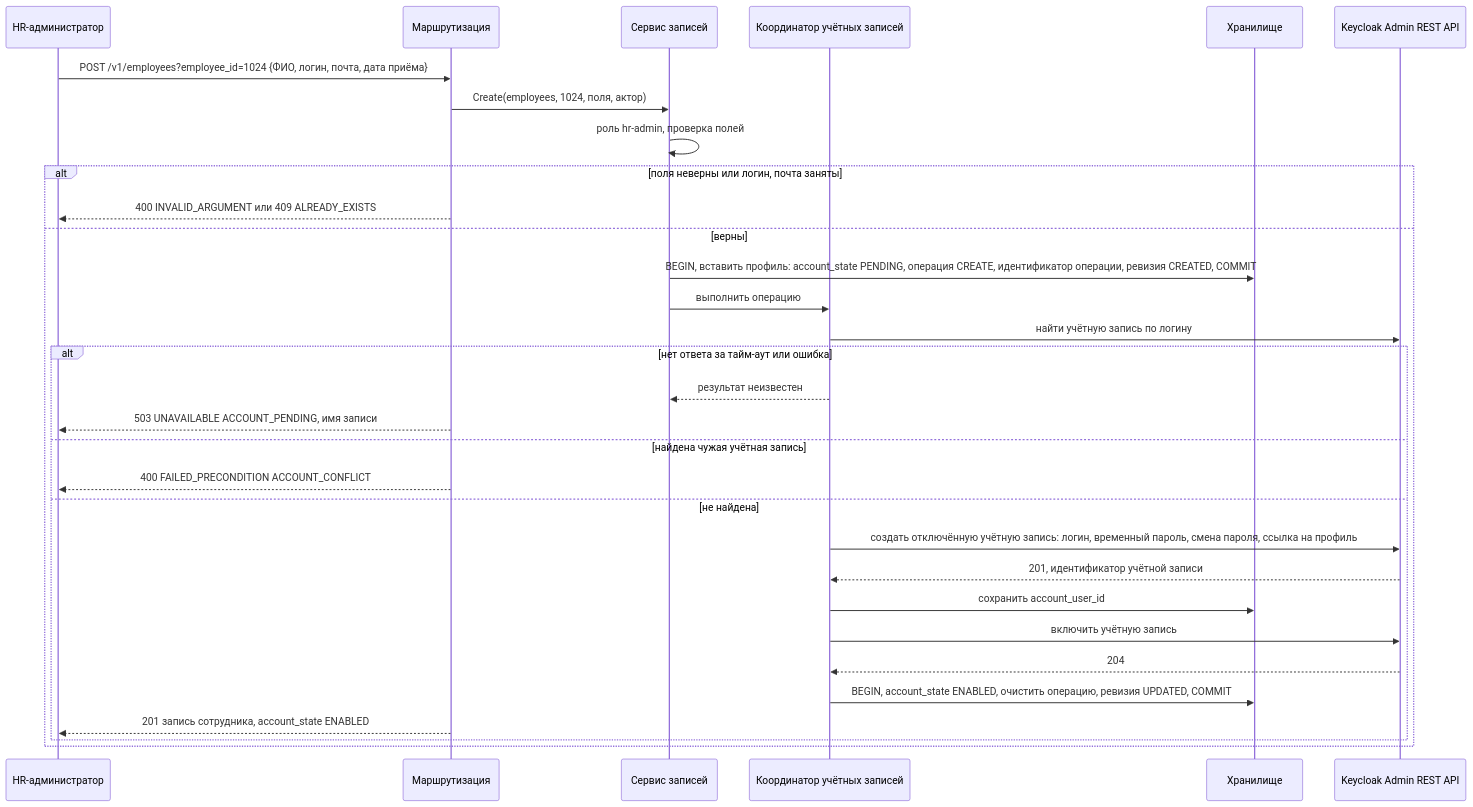
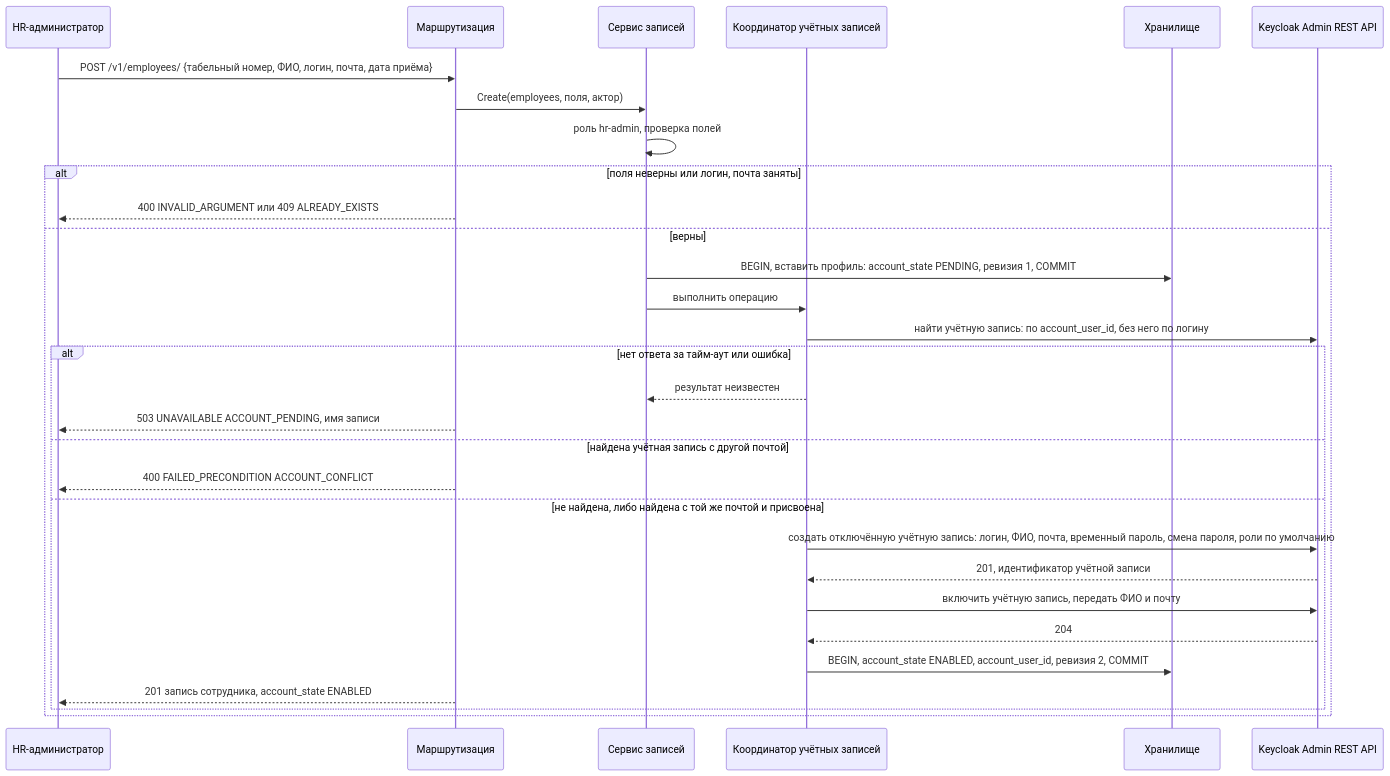
The eighth of 11 diagrams in reference-manager/documents/155.sequence-diagrams.md (MEPhI-C22-501/arch-info-system-monorepo), drawn with Mermaid before and after one commit. The commit also changed other lines of this file and 59 other files, not shown here.

````diff
--- a/reference-manager/documents/155.sequence-diagrams.md
+++ b/reference-manager/documents/155.sequence-diagrams.md
@@ -237,33 +237,32 @@
 ```mermaid
 sequenceDiagram
     participant HR as HR-администратор
     participant H as Маршрутизация
     participant S as Сервис записей
     participant A as Координатор учётных записей
     participant R as Хранилище
     participant K as Keycloak Admin REST API
-    HR->>H: POST /v1/employees?employee_id=1024 {ФИО, логин, почта, дата приёма}
-    H->>S: Create(employees, 1024, поля, актор)
+    HR->>H: POST /v1/employees/ {табельный номер, ФИО, логин, почта, дата приёма}
+    H->>S: Create(employees, поля, актор)
     S->>S: роль hr-admin, проверка полей
     alt поля неверны или логин, почта заняты
         H-->>HR: 400 INVALID_ARGUMENT или 409 ALREADY_EXISTS
     else верны
-        S->>R: BEGIN, вставить профиль: account_state PENDING, операция CREATE, идентификатор операции, ревизия CREATED, COMMIT
+        S->>R: BEGIN, вставить профиль: account_state PENDING, ревизия 1, COMMIT
         S->>A: выполнить операцию
-        A->>K: найти учётную запись по логину
+        A->>K: найти учётную запись: по account_user_id, без него по логину
         alt нет ответа за тайм-аут или ошибка
             A-->>S: результат неизвестен
             H-->>HR: 503 UNAVAILABLE ACCOUNT_PENDING, имя записи
-        else найдена чужая учётная запись
+        else найдена учётная запись с другой почтой
             H-->>HR: 400 FAILED_PRECONDITION ACCOUNT_CONFLICT
-        else не найдена
-            A->>K: создать отключённую учётную запись: логин, временный пароль, смена пароля, ссылка на профиль
+        else не найдена, либо найдена с той же почтой и присвоена
+            A->>K: создать отключённую учётную запись: логин, ФИО, почта, временный пароль, смена пароля, роли по умолчанию
             K-->>A: 201, идентификатор учётной записи
-            A->>R: сохранить account_user_id
-            A->>K: включить учётную запись
+            A->>K: включить учётную запись, передать ФИО и почту
             K-->>A: 204
-            A->>R: BEGIN, account_state ENABLED, очистить операцию, ревизия UPDATED, COMMIT
+            A->>R: BEGIN, account_state ENABLED, account_user_id, ревизия 2, COMMIT
             H-->>HR: 201 запись сотрудника, account_state ENABLED
         end
     end
 ```
````
